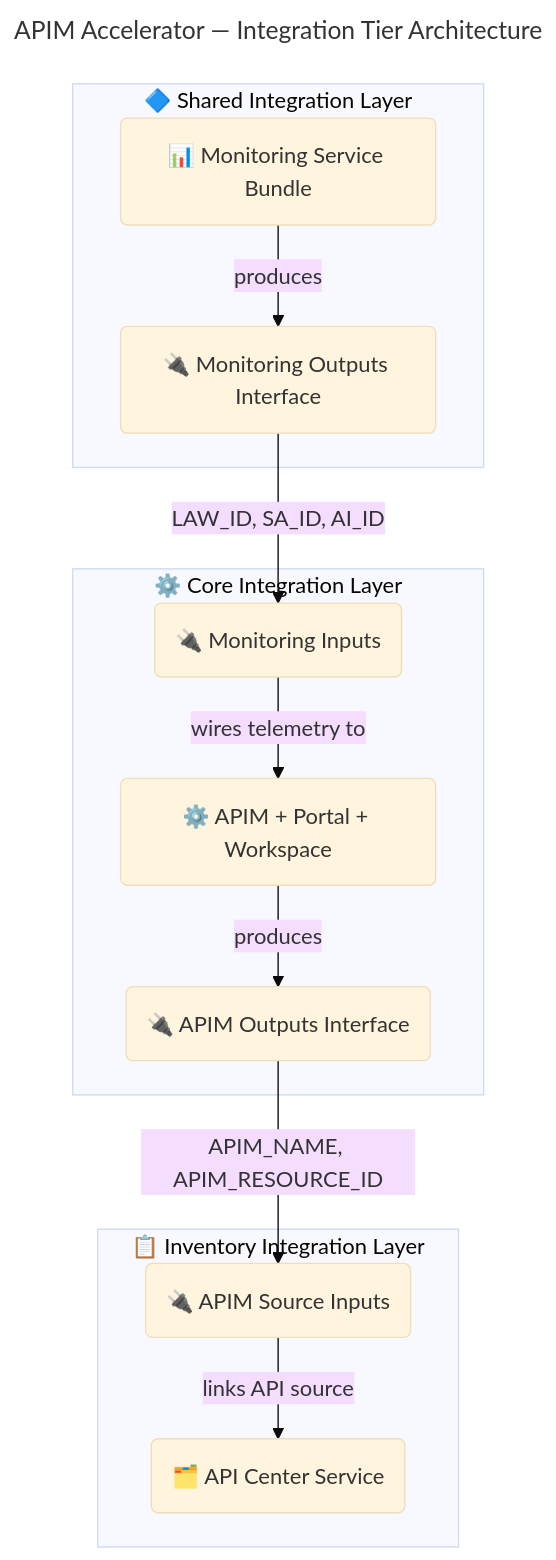
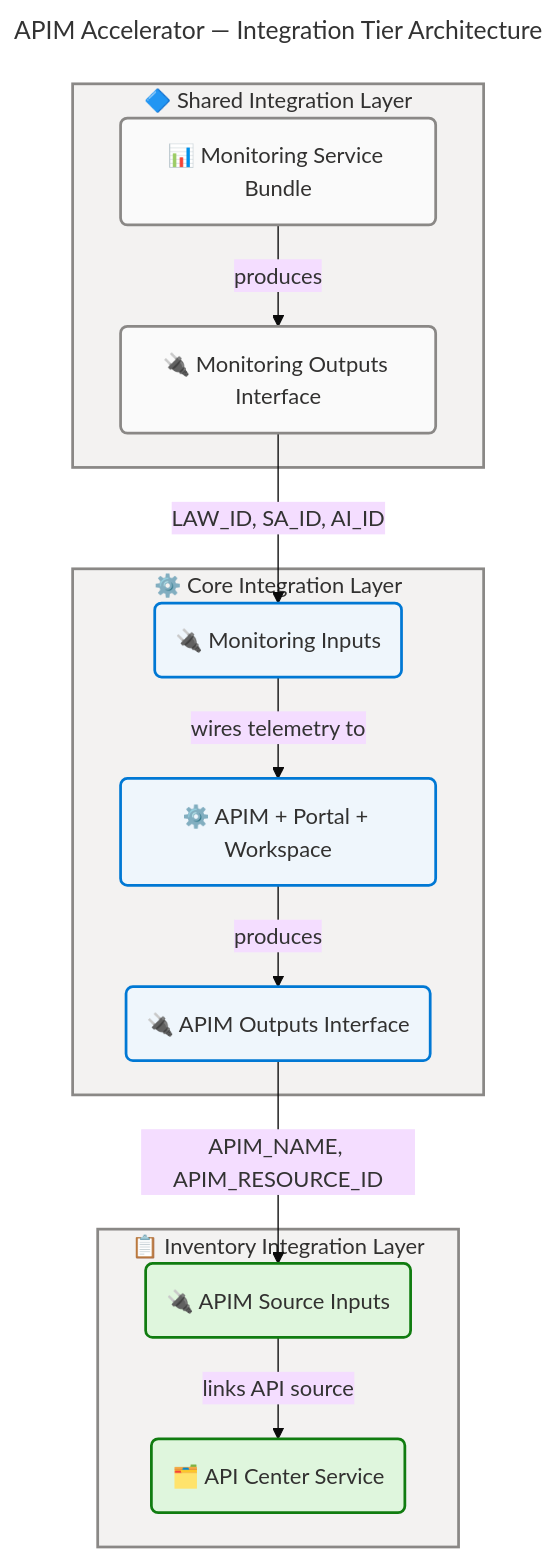
Before and after one commit to Evilazaro/APIM-Accelerator: the third of 8 diagrams in docs/architecture/application-architecture.md, drawn with Mermaid. The commit also changed other lines of this file, not shown here.

Commit message:
style: enhance flowchart styles with additional class definitions for improved clarity and consistency in application architecture diagrams

````diff
--- a/docs/architecture/application-architecture.md
+++ b/docs/architecture/application-architecture.md
@@ -231,52 +253,61 @@
 ```mermaid
 ---
 title: "APIM Accelerator — Integration Tier Architecture"
 config:
   theme: base
   look: classic
   layout: dagre
   themeVariables:
     fontSize: '16px'
   flowchart:
     htmlLabels: true
 ---
 flowchart TB
     accTitle: APIM Accelerator Integration Tier Architecture
     accDescr: Three-tier integration architecture showing Shared monitoring layer Core API Management layer and Inventory layer with their interface connections and output chaining dependencies
 
     %% ═══════════════════════════════════════════════════════════════════════════
     %% AZURE / FLUENT ARCHITECTURE PATTERN v2.0
     %% (Semantic + Structural + Font + Accessibility Governance)
     %% ═══════════════════════════════════════════════════════════════════════════
     %% PHASE 1 - FLUENT UI: All styling uses approved Fluent UI palette only
     %% PHASE 2 - GROUPS: Every subgraph has semantic color via style directive
     %% PHASE 3 - COMPONENTS: Every node has semantic classDef + icon prefix
     %% PHASE 4 - ACCESSIBILITY: accTitle/accDescr present, WCAG AA contrast
     %% PHASE 5 - STANDARD: Governance block present, classDefs centralized
     %% ═══════════════════════════════════════════════════════════════════════════
 
     subgraph SHARED_INT["🔷 Shared Integration Layer"]
         SH_SVC("📊 Monitoring Service Bundle"):::neutral
         SH_OUT("🔌 Monitoring Outputs Interface"):::neutral
     end
 
     subgraph CORE_INT["⚙️ Core Integration Layer"]
         CO_IN("🔌 Monitoring Inputs"):::core
         CO_SVC("⚙️ APIM + Portal + Workspace"):::core
         CO_OUT("🔌 APIM Outputs Interface"):::core
     end
 
     subgraph INV_INT["📋 Inventory Integration Layer"]
         INV_IN("🔌 APIM Source Inputs"):::success
         INV_SVC("🗂️ API Center Service"):::success
     end
 
     SH_SVC -->|"produces"| SH_OUT
     SH_OUT -->|"LAW_ID, SA_ID, AI_ID"| CO_IN
     CO_IN -->|"wires telemetry to"| CO_SVC
     CO_SVC -->|"produces"| CO_OUT
     CO_OUT -->|"APIM_NAME, APIM_RESOURCE_ID"| INV_IN
     INV_IN -->|"links API source"| INV_SVC
 
+    classDef neutral fill:#FAFAFA,stroke:#8A8886,stroke-width:2px,color:#323130
+    classDef core fill:#EFF6FC,stroke:#0078D4,stroke-width:2px,color:#323130
+    classDef success fill:#DFF6DD,stroke:#107C10,stroke-width:2px,color:#323130
+    classDef warning fill:#FFF4CE,stroke:#FFB900,stroke-width:2px,color:#323130
+    classDef danger fill:#FDE7E9,stroke:#D13438,stroke-width:2px,color:#323130
+
+    style SHARED_INT fill:#F3F2F1,stroke:#8A8886,stroke-width:2px,color:#323130
+    style CORE_INT fill:#F3F2F1,stroke:#8A8886,stroke-width:2px,color:#323130
+    style INV_INT fill:#F3F2F1,stroke:#8A8886,stroke-width:2px,color:#323130
 
 ```
````
